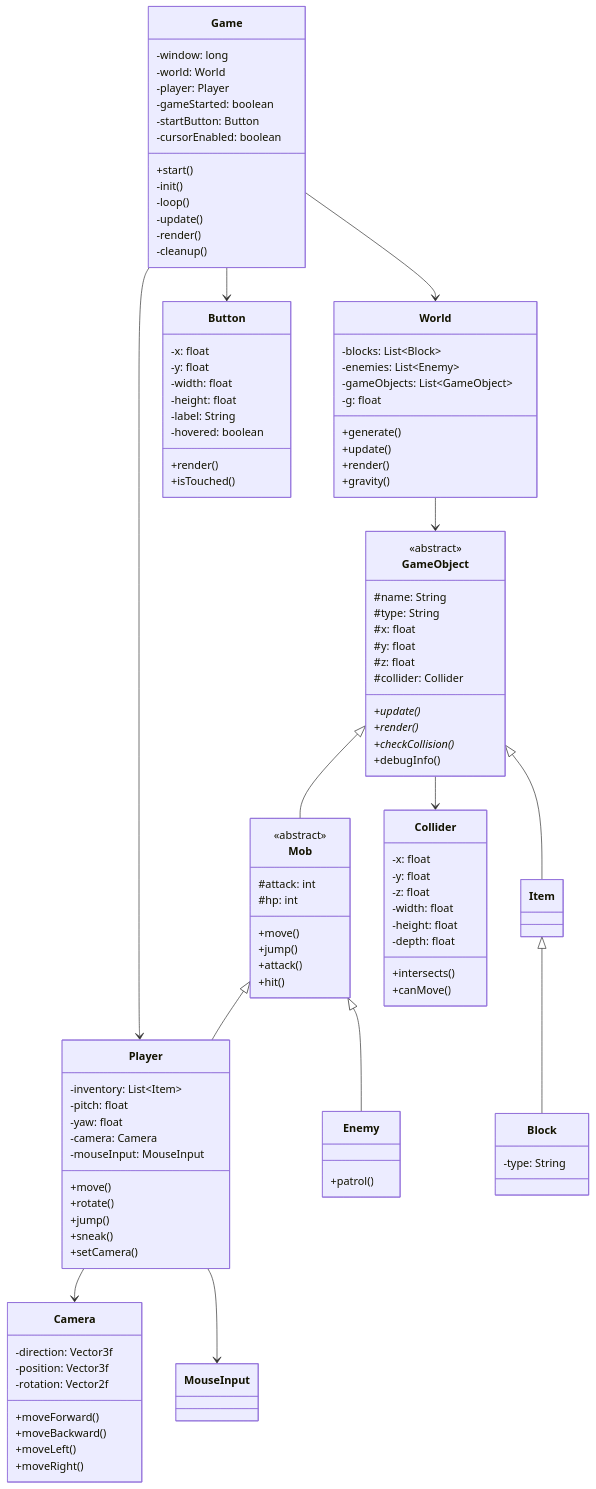
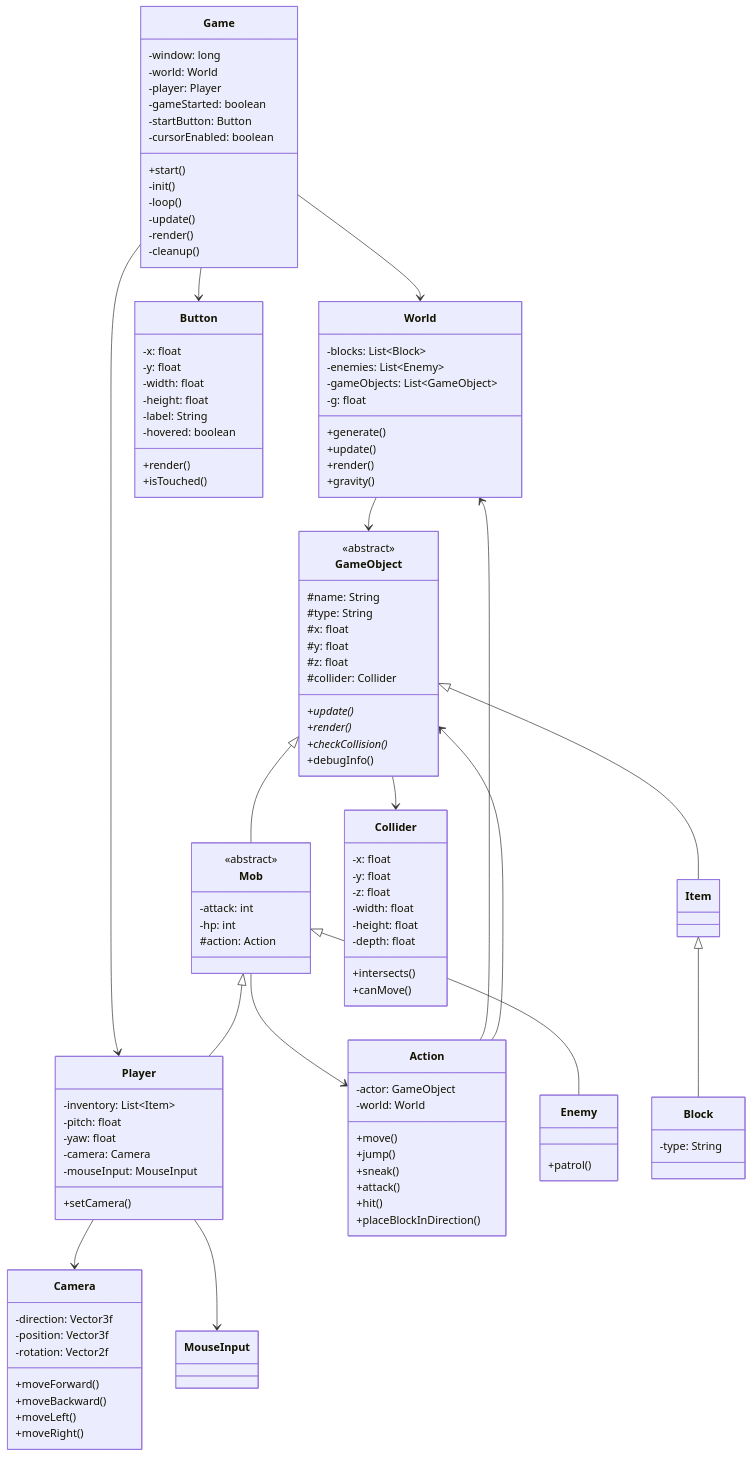
One commit to p-nasimonan/Minicraft changed the diagram in README.md. Above: the diagram before and after it, drawn with Mermaid. The commit also changed 18 other files, not shown here.

````diff
--- a/README.md
+++ b/README.md
@@ -64,21 +64,25 @@
         -yaw: float
         -camera: Camera
         -mouseInput: MouseInput
+        +setCamera()
+        
+    }
+    class Action {
+        -actor: GameObject
+        -world: World
         +move()
-        +rotate()
         +jump()
         +sneak()
-        +setCamera()
+        +attack()
+        +hit()
+        +placeBlockInDirection()
     }
 
     class Mob {
         <<abstract>>
-        #attack: int
-        #hp: int
-        +move()
-        +jump()
-        +attack()
-        +hit()
+        -attack: int
+        -hp: int
+        #action: Action
     }
 
     class Enemy {
@@ -135,5 +139,8 @@
     Mob <|-- Enemy
     Player --> Camera
     Player --> MouseInput
+    Mob --> Action
+    Action --> World
+    Action --> GameObject
     GameObject --> Collider
 ```
````
